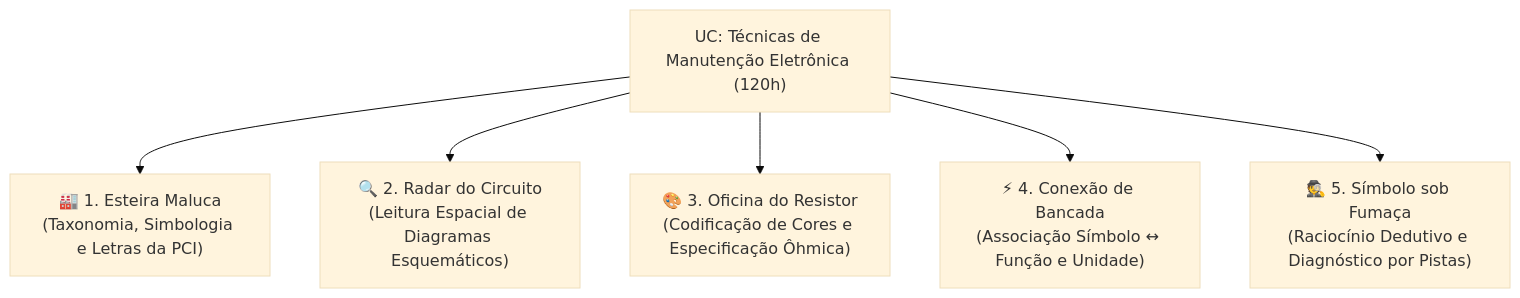
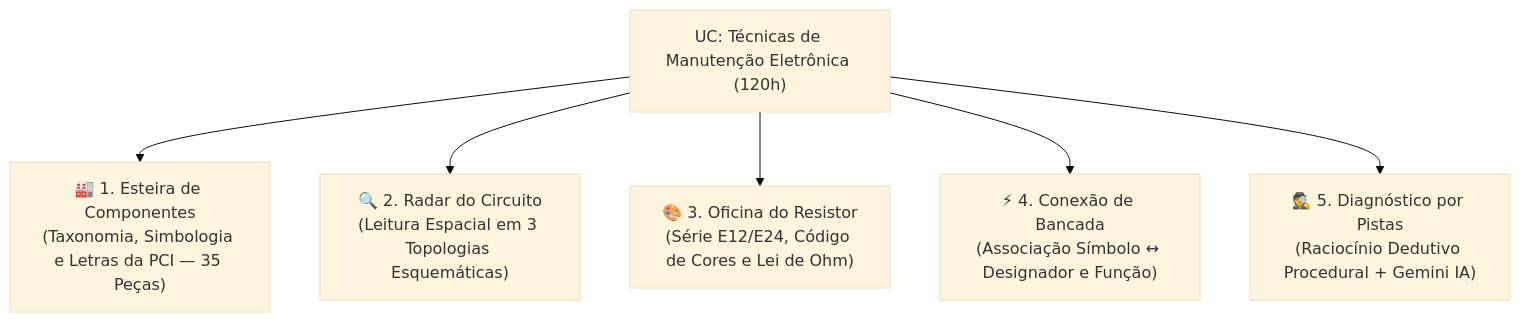
One commit to gabrielpiske/eletronics changed the diagram in INTENCIONALIDADE_PEDAGOGICA.md. Above: the diagram before and after it, drawn with Mermaid (base theme). The commit also changed other lines of this file and 4 other files, not shown here.

````diff
--- a/INTENCIONALIDADE_PEDAGOGICA.md
+++ b/INTENCIONALIDADE_PEDAGOGICA.md
@@ -54,10 +60,10 @@
 ```mermaid
 flowchart TD
     UC["UC: Técnicas de Manutenção Eletrônica (120h)"]
     
-    UC --> MG1["🏭 1. Esteira Maluca\n(Taxonomia, Simbologia e Letras da PCI)"]
-    UC --> MG2["🔍 2. Radar do Circuito\n(Leitura Espacial de Diagramas Esquemáticos)"]
-    UC --> MG3["🎨 3. Oficina do Resistor\n(Codificação de Cores e Especificação Ôhmica)"]
-    UC --> MG4["⚡ 4. Conexão de Bancada\n(Associação Símbolo ↔ Função e Unidade)"]
-    UC --> MG5["🕵️ 5. Símbolo sob Fumaça\n(Raciocínio Dedutivo e Diagnóstico por Pistas)"]
+    UC --> MG1["🏭 1. Esteira de Componentes\n(Taxonomia, Simbologia e Letras da PCI — 35 Peças)"]
+    UC --> MG2["🔍 2. Radar do Circuito\n(Leitura Espacial em 3 Topologias Esquemáticas)"]
+    UC --> MG3["🎨 3. Oficina do Resistor\n(Série E12/E24, Código de Cores e Lei de Ohm)"]
+    UC --> MG4["⚡ 4. Conexão de Bancada\n(Associação Símbolo ↔ Designador e Função)"]
+    UC --> MG5["🕵️ 5. Diagnóstico por Pistas\n(Raciocínio Dedutivo Procedural + Gemini IA)"]
 ```
````
